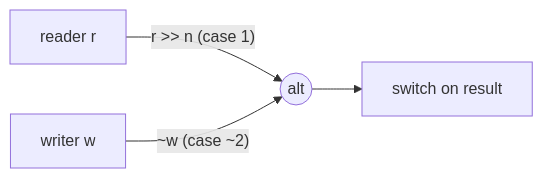
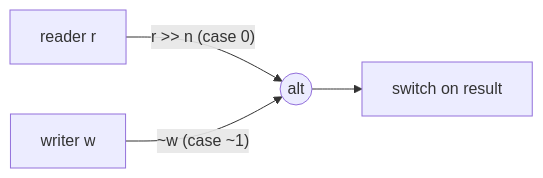
Before and after one commit to marcelocantos/csp: the first of 3 diagrams in docs/guide/03-multiplexing.md, drawn with Mermaid. The commit also changed other lines of this file and 52 other files, not shown here.

````diff
--- a/docs/guide/03-multiplexing.md
+++ b/docs/guide/03-multiplexing.md
@@ -76,6 +76,6 @@
 ```mermaid
 graph LR
-    A[reader r] -->|"r >> n (case 1)"| ALT((alt))
-    B[writer w] -->|"~w (case ~2)"| ALT
+    A[reader r] -->|"r >> n (case 0)"| ALT((alt))
+    B[writer w] -->|"~w (case ~1)"| ALT
     ALT --> handler["switch on result"]
 ```
````
